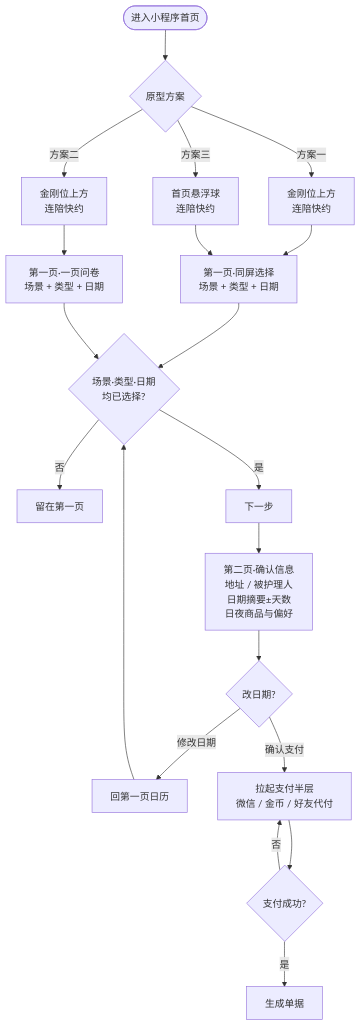
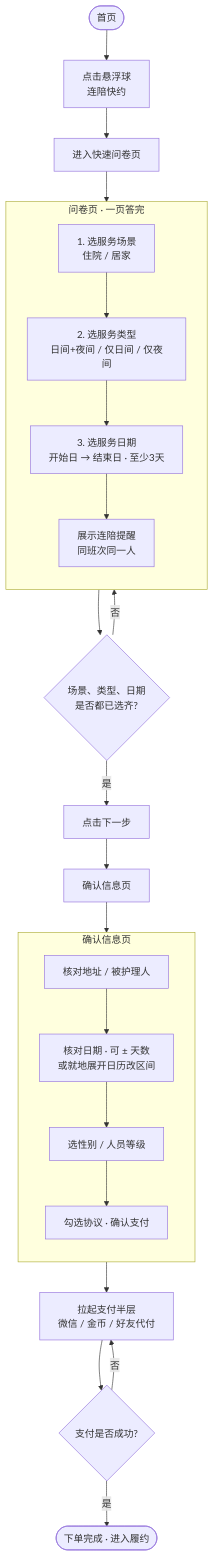
Before and after one commit to haiyan-design/prototypes: the first of 2 diagrams in order_quickly/PRD-R-261022-019-连续陪护快下单.md, drawn with Mermaid. The commit also changed other lines of this file and 5 other files, not shown here.

````diff
--- a/order_quickly/PRD-R-261022-019-连续陪护快下单.md
+++ b/order_quickly/PRD-R-261022-019-连续陪护快下单.md
@@ -161,28 +144,36 @@
 ```mermaid
 flowchart TD
-  Start([进入小程序首页]) --> Scheme{原型方案}
+  A([首页]) --> B[点击悬浮球<br/>连陪快约]
+  B --> C[进入快速问卷页]
 
-  Scheme -->|方案一| E1[金刚位上方<br/>连陪快约]
-  Scheme -->|方案二| E2[金刚位上方<br/>连陪快约]
-  Scheme -->|方案三| E3[首页悬浮球<br/>连陪快约]
+  subgraph Q[问卷页 · 一页答完]
+    direction TB
+    C1[1. 选服务场景<br/>住院 / 居家]
+    C2[2. 选服务类型<br/>日间+夜间 / 仅日间 / 仅夜间]
+    C3[3. 选服务日期<br/>开始日 → 结束日 · 至少3天]
+    C4[展示连陪提醒<br/>同班次同一人]
+    C1 --> C2 --> C3 --> C4
+  end
 
-  E1 --> P1A[第一页·同屏选择<br/>场景 + 类型 + 日期]
-  E2 --> P1B[第一页·一页问卷<br/>场景 + 类型 + 日期]
-  E3 --> P1A
+  C --> C1
+  C4 --> D{场景、类型、日期<br/>是否都已选齐?}
+  D -->|否| C1
+  D -->|是| E[点击下一步]
 
-  P1A --> Ready{场景·类型·日期<br/>均已选择?}
-  P1B --> Ready
-  Ready -->|否| Stay[留在第一页]
-  Ready -->|是| Next[下一步]
+  E --> F[确认信息页]
 
-  Next --> P2[第二页·确认信息<br/>地址 / 被护理人<br/>日期摘要±天数<br/>日夜商品与偏好]
+  subgraph P2[确认信息页]
+    direction TB
+    F1[核对地址 / 被护理人]
+    F2[核对日期 · 可 ± 天数<br/>或就地展开日历改区间]
+    F3[选性别 / 人员等级]
+    F4[勾选协议 · 确认支付]
+    F1 --> F2 --> F3 --> F4
+  end
 
-  P2 --> EditDate{改日期?}
-  EditDate -->|修改日期| Back1[回第一页日历]
-  Back1 --> Ready
-  EditDate -->|确认支付| Sheet[拉起支付半层<br/>微信 / 金币 / 好友代付]
-
-  Sheet --> PayOK{支付成功?}
-  PayOK -->|否| Sheet
-  PayOK -->|是| Create[生成单据]
+  F --> F1
+  F4 --> G[拉起支付半层<br/>微信 / 金币 / 好友代付]
+  G --> H{支付是否成功?}
+  H -->|否| G
+  H -->|是| I([下单完成 · 进入履约])
 ```
````
